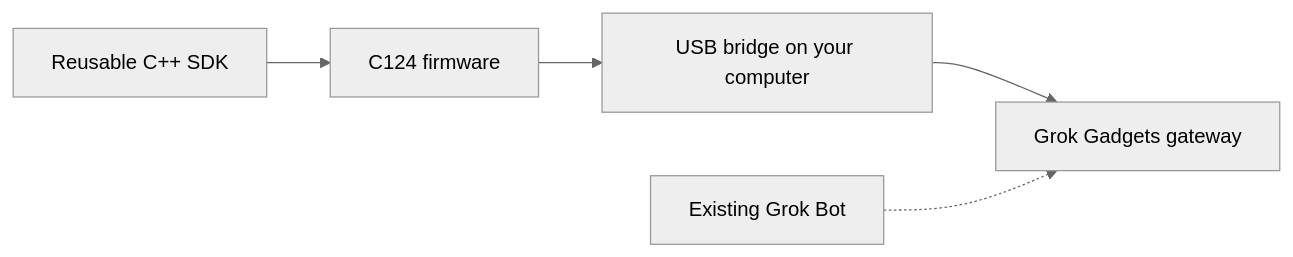
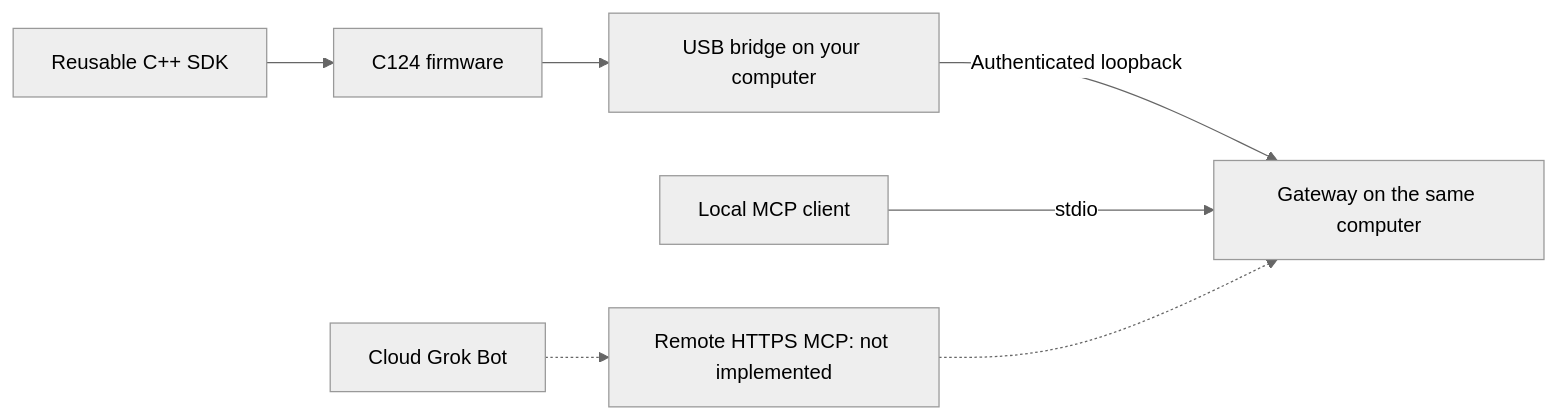
One commit to adidshaft/grok-gadgets-esp32-sdk changed the diagram in README.md. Above: the diagram before and after it, drawn with Mermaid (neutral theme). The commit also changed other lines of this file and 4 other files, not shown here.

````diff
--- a/README.md
+++ b/README.md
@@ -11,7 +11,9 @@
 ```mermaid
 flowchart LR
     SDK["Reusable C++ SDK"] --> FW["C124 firmware"]
     FW --> USB["USB bridge on your computer"]
-    USB --> GW["Grok Gadgets gateway"]
-    BOT["Existing Grok Bot"] -.-> GW
+    USB -->|"Authenticated loopback"| GW["Gateway on the same computer"]
+    LOCAL["Local MCP client"] -->|"stdio"| GW
+    BOT["Cloud Grok Bot"] -.-> REMOTE["Remote HTTPS MCP: not implemented"]
+    REMOTE -.-> GW
 ```
````
